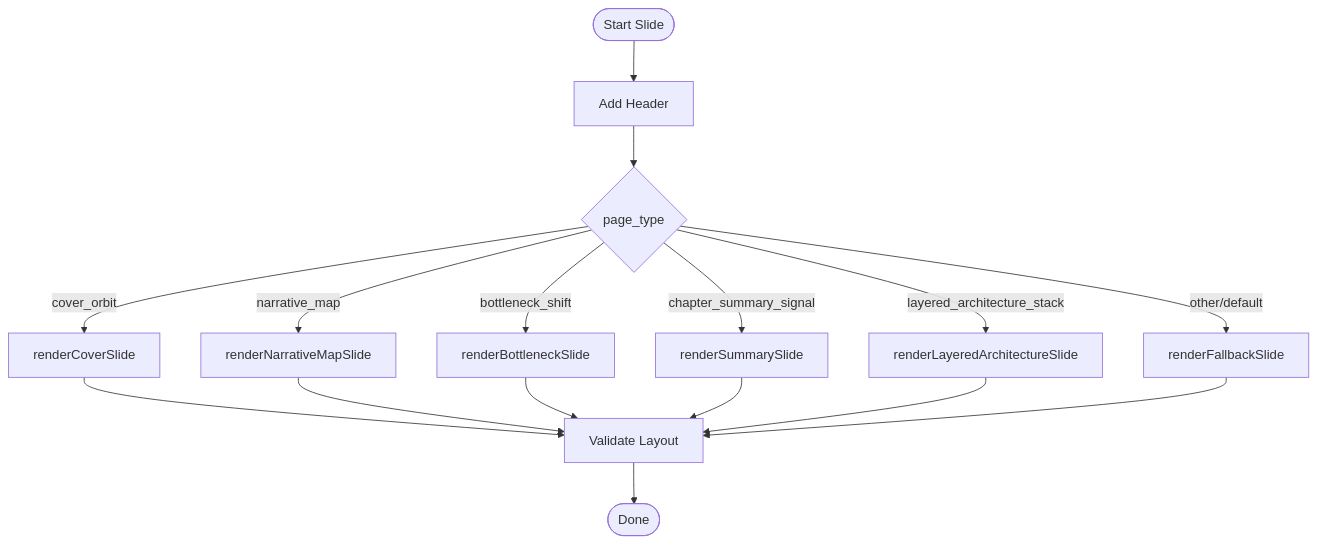
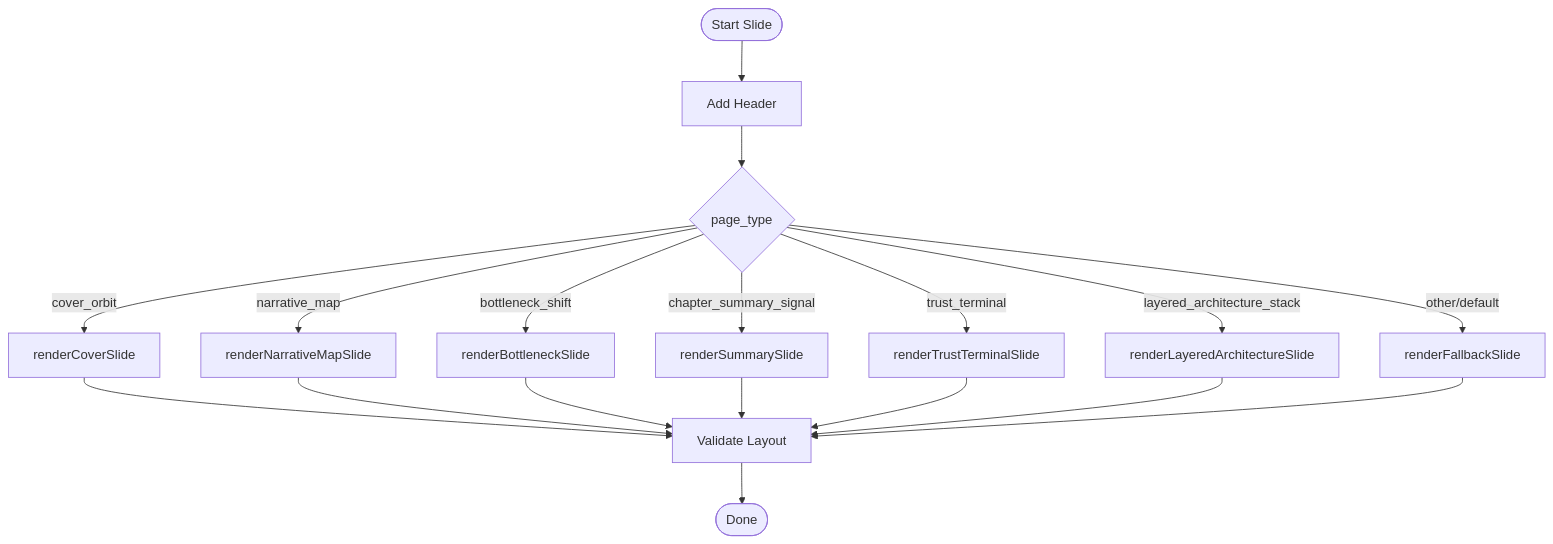
Before and after one commit to brantzh6/deepPPT: the third of 4 diagrams in .qoder/repowiki/en/content/Rendering Pipeline/PPTX Export.md, drawn with Mermaid. The commit also changed other lines of this file and 5 other files, not shown here.

````diff
--- a/.qoder/repowiki/en/content/Rendering Pipeline/PPTX Export.md
+++ b/.qoder/repowiki/en/content/Rendering Pipeline/PPTX Export.md
@@ -165,18 +163,20 @@
 ```mermaid
 flowchart TD
 Start(["Start Slide"]) --> Header["Add Header"]
 Header --> Type{"page_type"}
 Type --> |cover_orbit| Cover["renderCoverSlide"]
 Type --> |narrative_map| Map["renderNarrativeMapSlide"]
 Type --> |bottleneck_shift| Bottleneck["renderBottleneckSlide"]
 Type --> |chapter_summary_signal| Summary["renderSummarySlide"]
+Type --> |trust_terminal| Terminal["renderTrustTerminalSlide"]
 Type --> |layered_architecture_stack| Architecture["renderLayeredArchitectureSlide"]
 Type --> |other/default| Fallback["renderFallbackSlide"]
 Cover --> Validate["Validate Layout"]
 Map --> Validate
 Bottleneck --> Validate
 Summary --> Validate
+Terminal --> Validate
 Architecture --> Validate
 Fallback --> Validate
 Validate --> End(["Done"])
 ```
````
